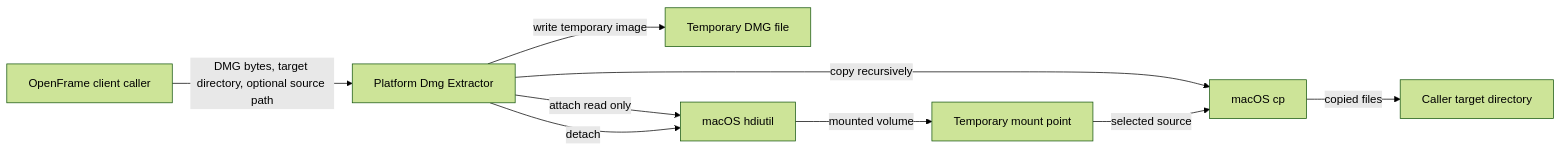
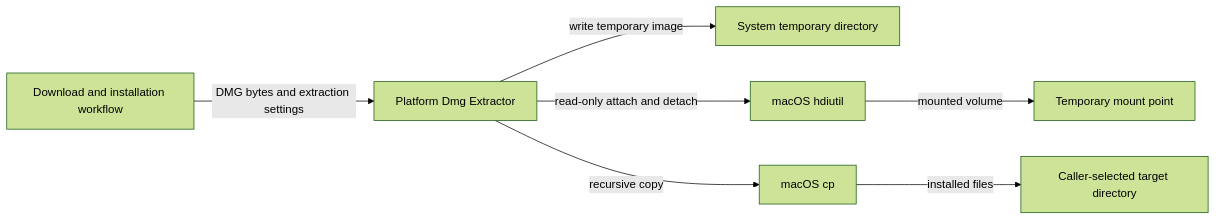
Before and after one commit to flamingo-stack/openframe-oss-tenant: the first of 4 diagrams in docs/reference/architecture/openframe-client-core/platform-dmg-extractor/platform-dmg-extractor.md, drawn with Mermaid (forest theme). The commit also changed other lines of this file and 2377 other files, not shown here.

````diff
--- a/docs/reference/architecture/openframe-client-core/platform-dmg-extractor/platform-dmg-extractor.md
+++ b/docs/reference/architecture/openframe-client-core/platform-dmg-extractor/platform-dmg-extractor.md
@@ -22,11 +22,9 @@
 ```mermaid
 flowchart LR
-    Caller["OpenFrame client caller"] -->|"DMG bytes, target directory, optional source path"| Extractor["Platform Dmg Extractor"]
-    Extractor -->|"write temporary image"| TempFile["Temporary DMG file"]
-    Extractor -->|"attach read only"| Hdiutil["macOS hdiutil"]
+    DownloadService["Download and installation workflow"] -->|"DMG bytes and extraction settings"| Extractor["Platform Dmg Extractor"]
+    Extractor -->|"write temporary image"| TempStorage["System temporary directory"]
+    Extractor -->|"read-only attach and detach"| Hdiutil["macOS hdiutil"]
     Hdiutil -->|"mounted volume"| MountPoint["Temporary mount point"]
-    Extractor -->|"copy recursively"| CopyTool["macOS cp"]
-    MountPoint -->|"selected source"| CopyTool
-    CopyTool -->|"copied files"| Target["Caller target directory"]
-    Extractor -->|"detach"| Hdiutil
+    Extractor -->|"recursive copy"| CopyTool["macOS cp"]
+    CopyTool -->|"installed files"| TargetDirectory["Caller-selected target directory"]
 ```
````
